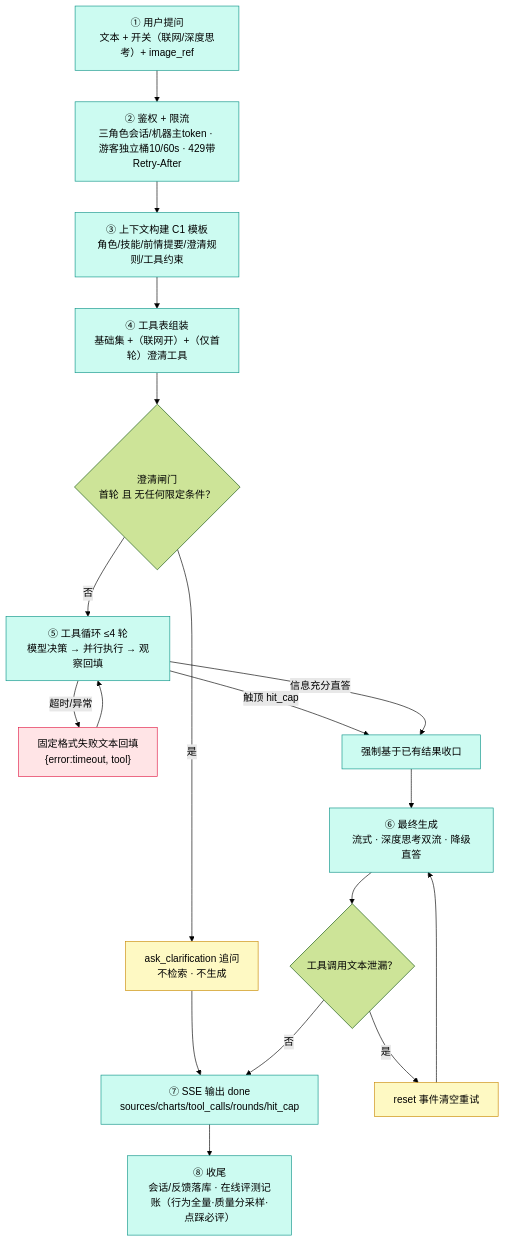
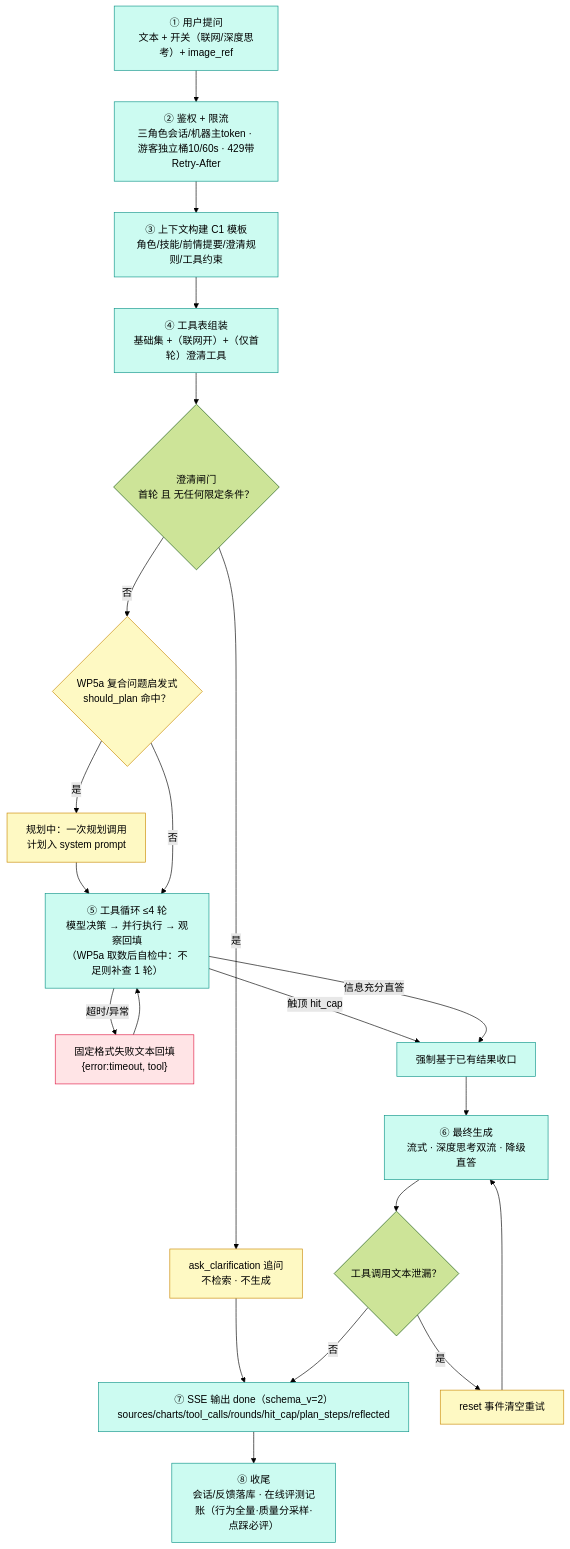
Before and after one commit to moonqianqiu/bidding-qa-system: the second of 4 diagrams in docs/04_项目结构流程图.md, drawn with Mermaid (forest theme). The commit also changed other lines of this file and 12 other files, not shown here.

Commit message:
feat(chat): done 轨迹字段 plan_steps/reflected（schema_v=2）+ 前端执行计划展示

````diff
--- a/docs/04_项目结构流程图.md
+++ b/docs/04_项目结构流程图.md
@@ -103,24 +103,27 @@
 ```mermaid
 flowchart TD
   S1["① 用户提问<br/>文本 + 开关（联网/深度思考）+ image_ref"] --> S2["② 鉴权 + 限流<br/>三角色会话/机器主token · 游客独立桶10/60s · 429带Retry-After"]
   S2 --> S3["③ 上下文构建 C1 模板<br/>角色/技能/前情提要/澄清规则/工具约束"]
   S3 --> S4["④ 工具表组装<br/>基础集 +（联网开）+（仅首轮）澄清工具"]
   S4 --> GATE{"澄清闸门<br/>首轮 且 无任何限定条件？"}
   GATE -->|"是"| CLA["ask_clarification 追问<br/>不检索 · 不生成"] --> OUT
-  GATE -->|"否"| S6["⑤ 工具循环 ≤4 轮<br/>模型决策 → 并行执行 → 观察回填"]
+  GATE -->|"否"| PLAN{"WP5a 复合问题启发式<br/>should_plan 命中？"}
+  PLAN -->|"是"| PLAN2["规划中：一次规划调用<br/>计划入 system prompt"]
+  PLAN2 --> S6
+  PLAN -->|"否"| S6["⑤ 工具循环 ≤4 轮<br/>模型决策 → 并行执行 → 观察回填<br/>（WP5a 取数后自检中：不足则补查 1 轮）"]
   S6 -->|"超时/异常"| FB["固定格式失败文本回填<br/>{error:timeout, tool}"] --> S6
   S6 -->|"触顶 hit_cap"| S7["强制基于已有结果收口"]
   S6 -->|"信息充分直答"| S7
   S7 --> S8["⑥ 最终生成<br/>流式 · 深度思考双流 · 降级直答"]
   S8 --> LEAK{"工具调用文本泄漏？"}
   LEAK -->|"是"| RESET["reset 事件清空重试"] --> S8
-  LEAK -->|"否"| OUT["⑦ SSE 输出 done<br/>sources/charts/tool_calls/rounds/hit_cap"]
+  LEAK -->|"否"| OUT["⑦ SSE 输出 done（schema_v=2）<br/>sources/charts/tool_calls/rounds/hit_cap/plan_steps/reflected"]
   OUT --> S9["⑧ 收尾<br/>会话/反馈落库 · 在线评测记账（行为全量·质量分采样·点踩必评）"]
 
   classDef main fill:#ccfbf1,stroke:#0d9488;
   classDef clarify fill:#fef9c3,stroke:#ca8a04;
   classDef fallback fill:#ffe4e6,stroke:#e11d48;
   class S1,S2,S3,S4,S6,S7,S8,OUT,S9 main;
-  class CLA,RESET clarify;
+  class CLA,RESET,PLAN,PLAN2 clarify;
   class FB fallback;
 ```
````
